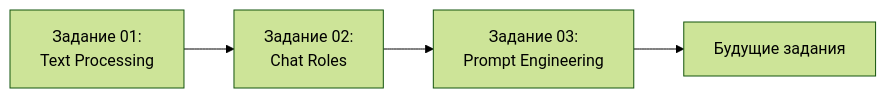
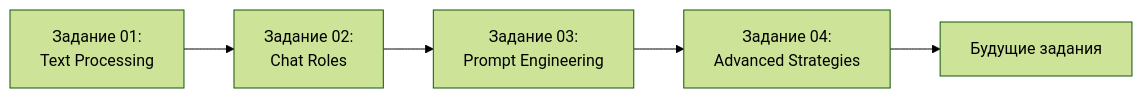
Before and after one commit to artipy/ai_knowledge_db_and_projects: the diagram in Exercises/README.md, drawn with Mermaid (forest theme). The commit also changed other lines of this file and 7 other files, not shown here.

````diff
--- a/Exercises/README.md
+++ b/Exercises/README.md
@@ -111,6 +134,7 @@
 ```mermaid
 graph LR
     A[Задание 01:<br/>Text Processing] --> B[Задание 02:<br/>Chat Roles]
     B --> C[Задание 03:<br/>Prompt Engineering]
-    C --> D[Будущие задания]
+    C --> D[Задание 04:<br/>Advanced Strategies]
+    D --> E[Будущие задания]
 ```
````
